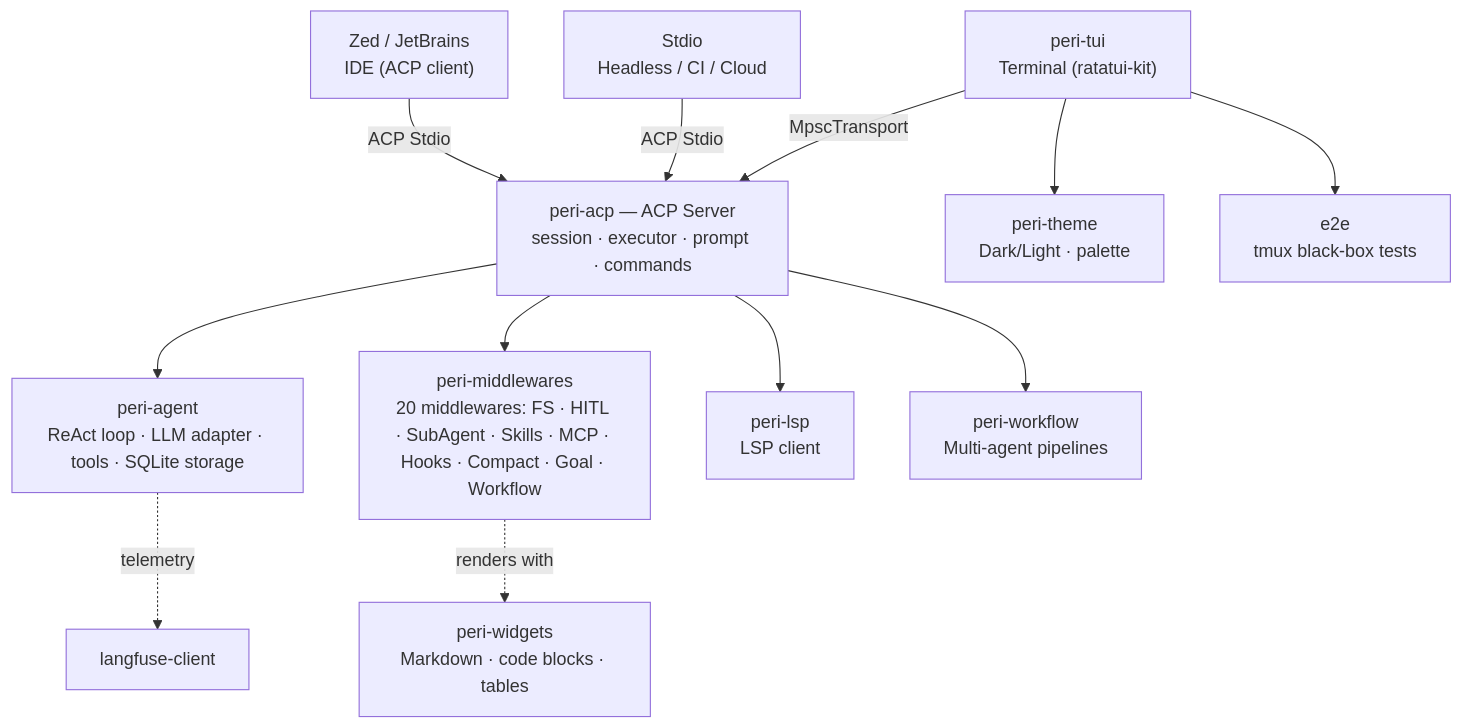
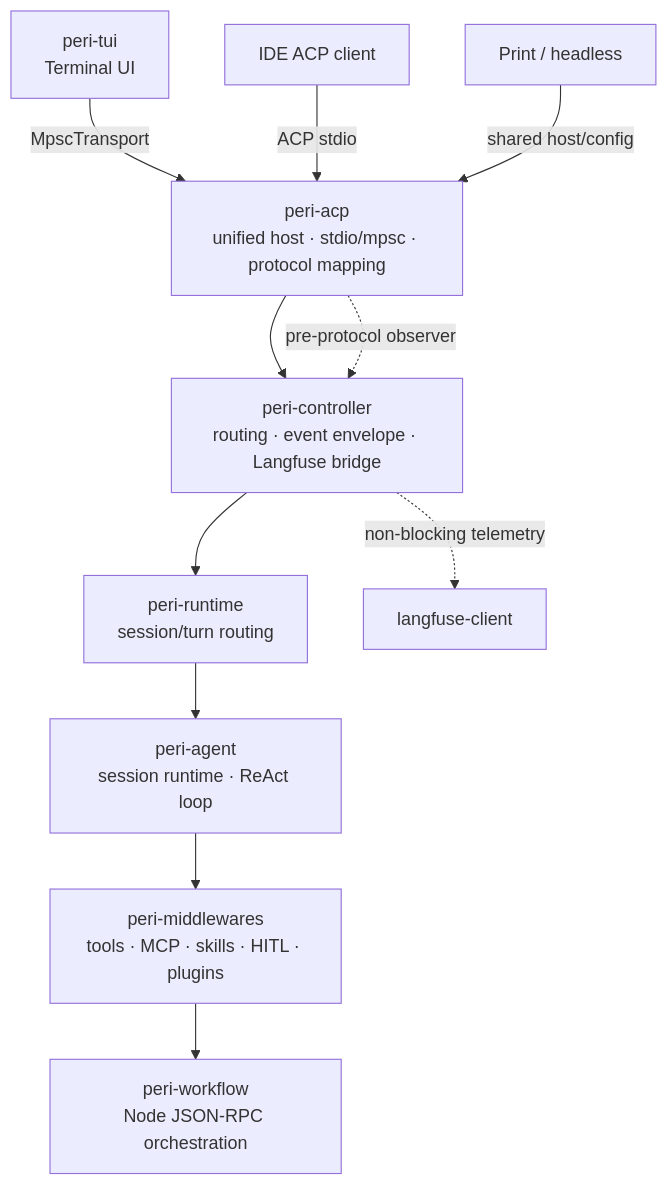
Before and after one commit to KonghaYao/peri: the diagram in README.md, drawn with Mermaid. The commit also changed other lines of this file and 12 other files, not shown here.

Commit message:
docs: refresh architecture and harness guidance

````diff
--- a/README.md
+++ b/README.md
@@ -56,23 +56,22 @@
 ```mermaid
 graph TD
-    TUI["peri-tui<br/>Terminal (ratatui-kit)"]
-    IDE["Zed / JetBrains<br/>IDE (ACP client)"]
-    STDIO["Stdio<br/>Headless / CI / Cloud"]
+    TUI["peri-tui<br/>Terminal UI"]
+    IDE["IDE ACP client"]
+    PRINT["Print / headless"]
+    ACP["peri-acp<br/>unified host · stdio/mpsc · protocol mapping"]
+    CTRL["peri-controller<br/>routing · event envelope · Langfuse bridge"]
+    RUNTIME["peri-runtime<br/>session/turn routing"]
+    AGENT["peri-agent<br/>session runtime · ReAct loop"]
+    MW["peri-middlewares<br/>tools · MCP · skills · HITL · plugins"]
+    WF["peri-workflow<br/>Node JSON-RPC orchestration"]
+    LF["langfuse-client"]
 
     TUI -->|MpscTransport| ACP
-    IDE -->|ACP Stdio| ACP
-    STDIO -->|ACP Stdio| ACP
-
-    ACP["peri-acp — ACP Server<br/>session · executor · prompt · commands"]
-
-    ACP --> AGENT["peri-agent<br/>ReAct loop · LLM adapter · tools · SQLite storage"]
-    ACP --> MW["peri-middlewares<br/>20 middlewares: FS · HITL · SubAgent · Skills · MCP · Hooks · Compact · Goal · Workflow"]
-    ACP --> LSP["peri-lsp<br/>LSP client"]
-
-    AGENT -.->|telemetry| LF["langfuse-client"]
-    MW -.->|renders with| WIDGETS["peri-widgets<br/>Markdown · code blocks · tables"]
-
-    TUI --> THEME["peri-theme<br/>Dark/Light · palette"]
-    ACP --> WORKFLOW["peri-workflow<br/>Multi-agent pipelines"]
-    TUI --> E2E["e2e<br/>tmux black-box tests"]
+    IDE -->|ACP stdio| ACP
+    PRINT -->|shared host/config| ACP
+    ACP --> CTRL --> RUNTIME --> AGENT
+    AGENT --> MW
+    MW --> WF
+    ACP -.->|pre-protocol observer| CTRL
+    CTRL -.->|non-blocking telemetry| LF
 ```
````
